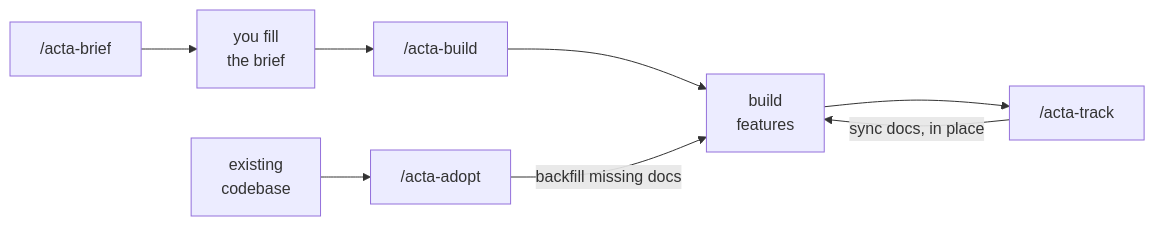
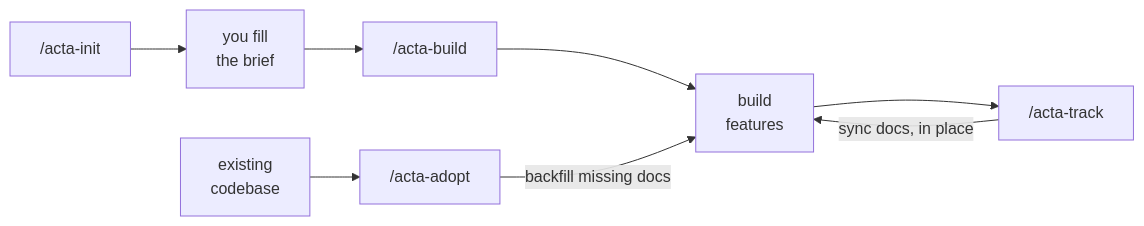
One commit to erenisci/acta changed the diagram in README.md. Above: the diagram before and after it, drawn with Mermaid. The commit also changed other lines of this file and 16 other files, not shown here.

First line of the commit message:
refactor: rename acta-brief → acta-init; shorten all skill descriptions

````diff
--- a/README.md
+++ b/README.md
@@ -46,10 +48,10 @@
 ```mermaid
 flowchart LR
-    A["/acta-brief"] --> B["you fill<br/>the brief"]
+    A["/acta-init"] --> B["you fill<br/>the brief"]
     B --> C["/acta-build"]
     C --> D["build<br/>features"]
     D --> E["/acta-track"]
     E -->|"sync docs, in place"| D
     F["existing<br/>codebase"] --> G["/acta-adopt"]
     G -->|"backfill missing docs"| D
 ```
````
